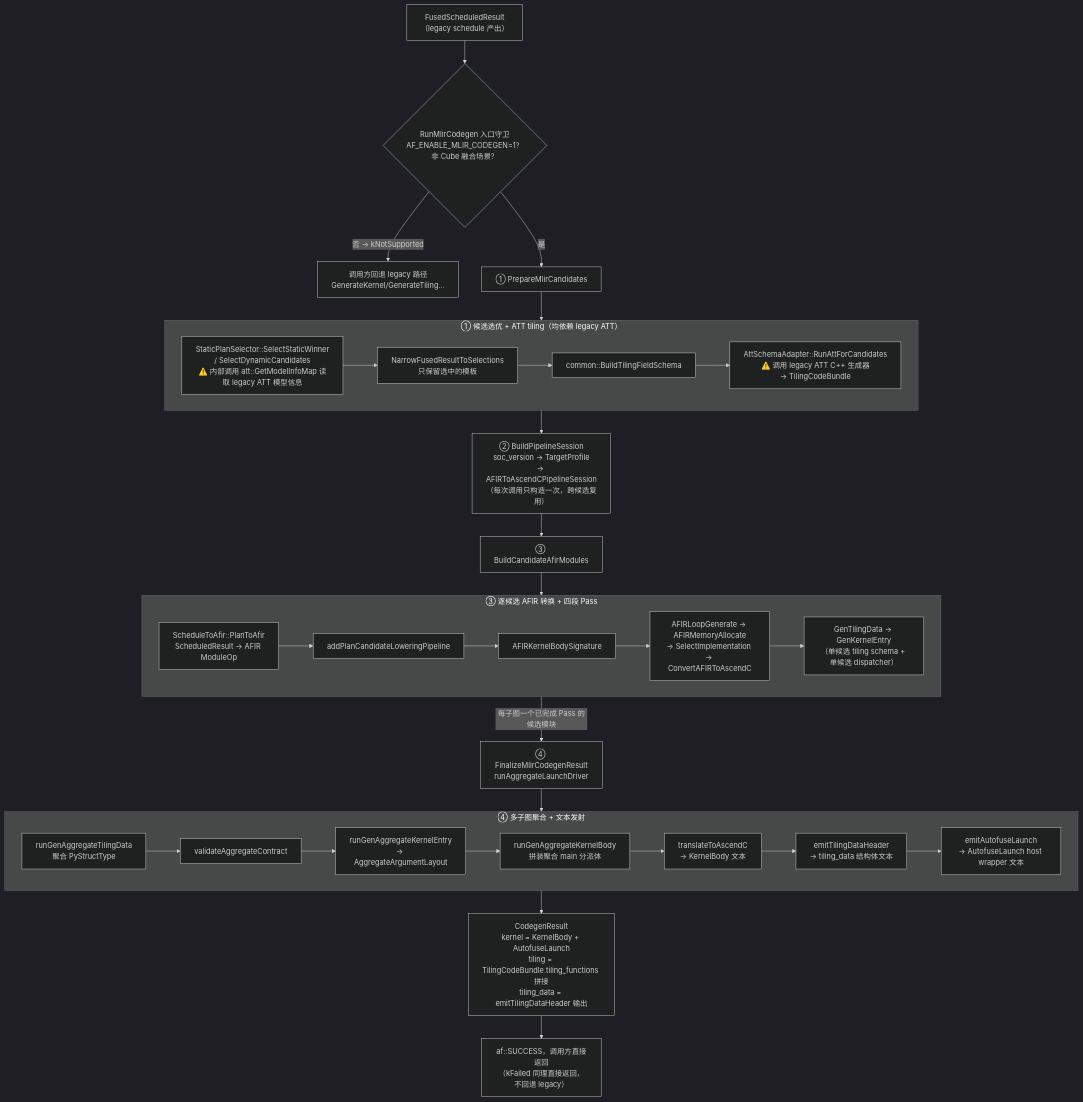
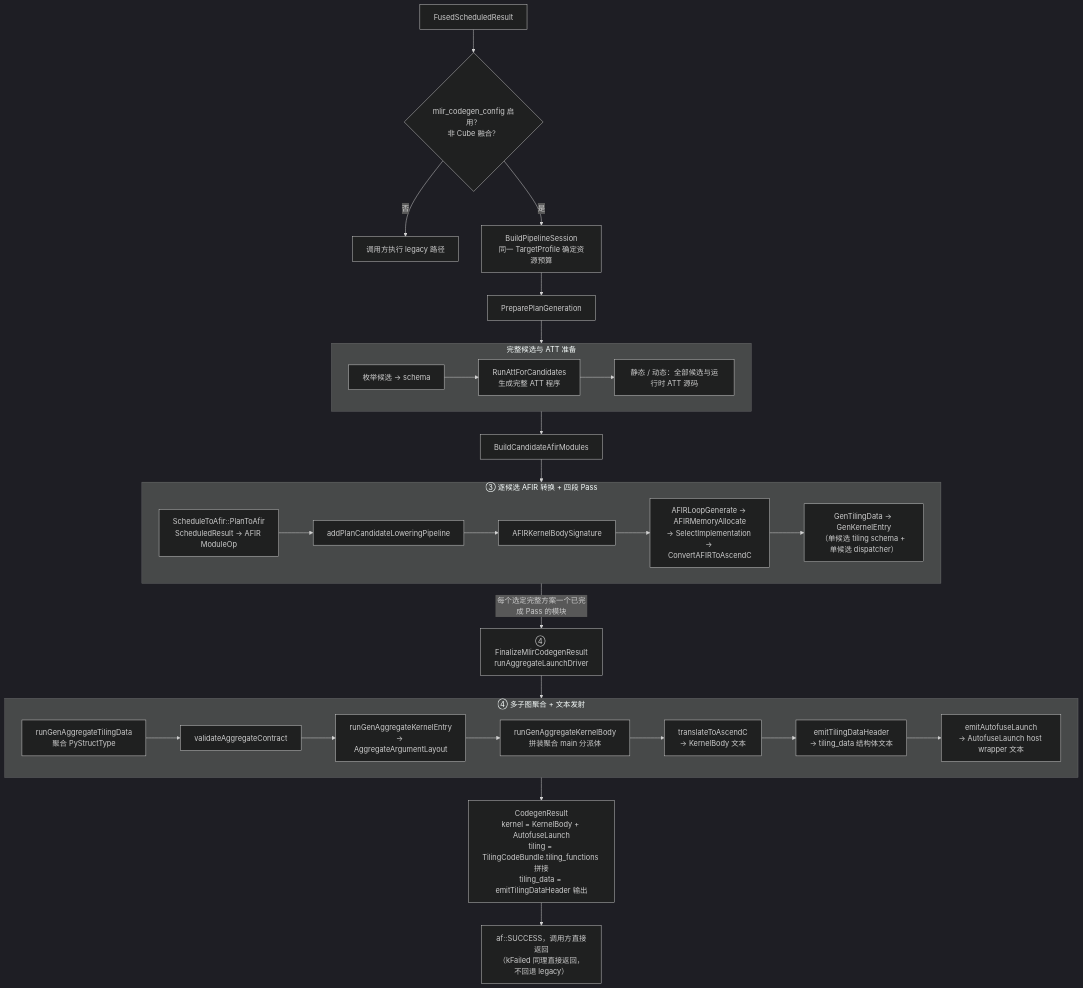
The diagram in autofuse/mlir/docs/development/2026-08-31-inductor-mlir-codegen-pipeline-overview.md (Atlas-Ascend-Fork/graph-autofusion), drawn with Mermaid (dark theme) before and after one commit. The commit also changed other lines of this file and 89 other files, not shown here.

````diff
--- a/autofuse/mlir/docs/development/2026-08-31-inductor-mlir-codegen-pipeline-overview.md
+++ b/autofuse/mlir/docs/development/2026-08-31-inductor-mlir-codegen-pipeline-overview.md
@@ -15,38 +15,35 @@
 ```mermaid
 flowchart TD
-    A["FusedScheduledResult<br/>（legacy schedule 产出）"] --> B{"RunMlirCodegen 入口守卫<br/>AF_ENABLE_MLIR_CODEGEN=1？<br/>非 Cube 融合场景？"}
-    B -- "否 → kNotSupported" --> Z["调用方回退 legacy 路径<br/>GenerateKernel/GenerateTiling..."]
-    B -- "是" --> C["① PrepareMlirCandidates"]
-
-    subgraph C1["① 候选选优 + ATT tiling（均依赖 legacy ATT）"]
-        C1a["StaticPlanSelector::SelectStaticWinner<br/>/ SelectDynamicCandidates<br/>⚠️ 内部调用 att::GetModelInfoMap 读取 legacy ATT 模型信息"] --> C1b["NarrowFusedResultToSelections<br/>只保留选中的模板"]
-        C1b --> C1c["common::BuildTilingFieldSchema"]
-        C1c --> C1d["AttSchemaAdapter::RunAttForCandidates<br/>⚠️ 调用 legacy ATT C++ 生成器<br/>→ TilingCodeBundle"]
+    A["FusedScheduledResult"] --> B{"mlir_codegen_config 启用？<br/>非 Cube 融合？"}
+    B -- "否" --> Z["调用方执行 legacy 路径"]
+    B -- "是" --> D["BuildPipelineSession<br/>同一 TargetProfile 确定资源预算"]
+    D --> C["PreparePlanGeneration"]
+    subgraph C1["完整候选与 ATT 准备"]
+        C1a["枚举候选 → schema"] --> C1b["RunAttForCandidates<br/>生成完整 ATT 程序"]
+        C1b --> C1e["静态 / 动态：全部候选与运行时 ATT 源码"]
     end
     C --> C1
-
-    C1 --> D["② BuildPipelineSession<br/>soc_version → TargetProfile<br/>→ AFIRToAscendCPipelineSession<br/>（每次调用只构造一次，跨候选复用）"]
-    D --> E["③ BuildCandidateAfirModules"]
+    C1 --> E["BuildCandidateAfirModules"]
 
     subgraph E1["③ 逐候选 AFIR 转换 + 四段 Pass"]
         E1a["ScheduleToAfir::PlanToAfir<br/>ScheduledResult → AFIR ModuleOp"] --> E1b["addPlanCandidateLoweringPipeline"]
         E1b --> E1b1["AFIRKernelBodySignature"]
         E1b1 --> E1b2["AFIRLoopGenerate → AFIRMemoryAllocate<br/>→ SelectImplementation → ConvertAFIRToAscendC"]
         E1b2 --> E1c["GenTilingData → GenKernelEntry<br/>（单候选 tiling schema + 单候选 dispatcher）"]
     end
     E --> E1
-    E1 -->|"每子图一个已完成 Pass 的候选模块"| F["④ FinalizeMlirCodegenResult<br/>runAggregateLaunchDriver"]
+    E1 -->|"每个选定完整方案一个已完成 Pass 的模块"| F["④ FinalizeMlirCodegenResult<br/>runAggregateLaunchDriver"]
 
     subgraph F1["④ 多子图聚合 + 文本发射"]
         F1a["runGenAggregateTilingData<br/>聚合 PyStructType"] --> F1b["validateAggregateContract"]
         F1b --> F1c["runGenAggregateKernelEntry<br/>→ AggregateArgumentLayout"]
         F1c --> F1d["runGenAggregateKernelBody<br/>拼装聚合 main 分派体"]
         F1d --> F1e["translateToAscendC<br/>→ KernelBody 文本"]
         F1e --> F1f["emitTilingDataHeader<br/>→ tiling_data 结构体文本"]
         F1f --> F1g["emitAutofuseLaunch<br/>→ AutofuseLaunch host wrapper 文本"]
     end
     F --> F1
 
     F1 --> G["CodegenResult<br/>kernel = KernelBody + AutofuseLaunch<br/>tiling = TilingCodeBundle.tiling_functions 拼接<br/>tiling_data = emitTilingDataHeader 输出"]
     G --> H["af::SUCCESS，调用方直接返回<br/>（kFailed 同理直接返回，不回退 legacy）"]
 ```
````
